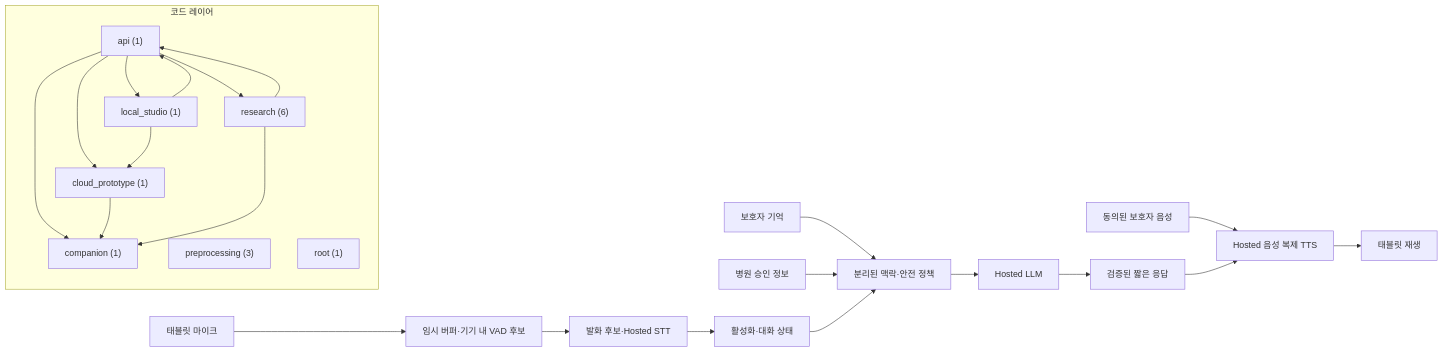
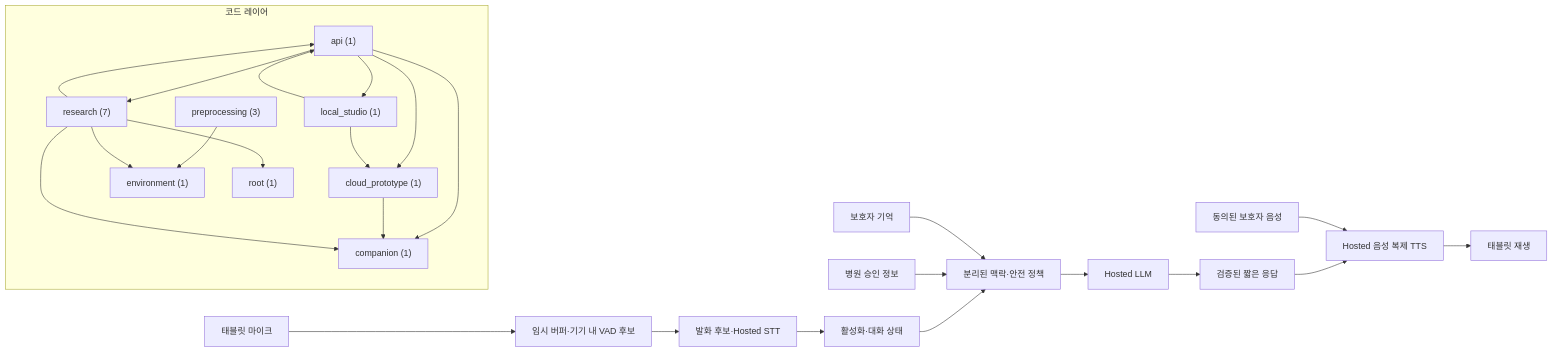
Before and after one commit to GracieRho/KoF5-TTS-delirium: the diagram in architecture/generated/project-map.md, drawn with Mermaid. The commit also changed other lines of this file and 36 other files, not shown here.

````diff
--- a/architecture/generated/project-map.md
+++ b/architecture/generated/project-map.md
@@ -5,33 +5,37 @@
 ```mermaid
 flowchart LR
   mic["태블릿 마이크"] --> vad["임시 버퍼·기기 내 VAD 후보"]
   vad --> stt["발화 후보·Hosted STT"]
   stt --> activation["활성화·대화 상태"]
   family["보호자 기억"] --> context["분리된 맥락·안전 정책"]
   hospital["병원 승인 정보"] --> context
   activation --> context
   context --> llm["Hosted LLM"]
   llm --> response["검증된 짧은 응답"]
   guardian["동의된 보호자 음성"] --> voice["Hosted 음성 복제 TTS"]
   response --> voice
   voice --> tablet["태블릿 재생"]
 
   subgraph code["코드 레이어"]
     layer_api["api (1)"]
     layer_cloud_prototype["cloud_prototype (1)"]
     layer_companion["companion (1)"]
+    layer_environment["environment (1)"]
     layer_local_studio["local_studio (1)"]
     layer_preprocessing["preprocessing (3)"]
-    layer_research["research (6)"]
+    layer_research["research (7)"]
     layer_root["root (1)"]
     layer_api --> layer_cloud_prototype
     layer_api --> layer_companion
     layer_api --> layer_local_studio
     layer_api --> layer_research
     layer_cloud_prototype --> layer_companion
     layer_local_studio --> layer_api
     layer_local_studio --> layer_cloud_prototype
+    layer_preprocessing --> layer_environment
     layer_research --> layer_api
     layer_research --> layer_companion
+    layer_research --> layer_environment
+    layer_research --> layer_root
   end
 ```
````
